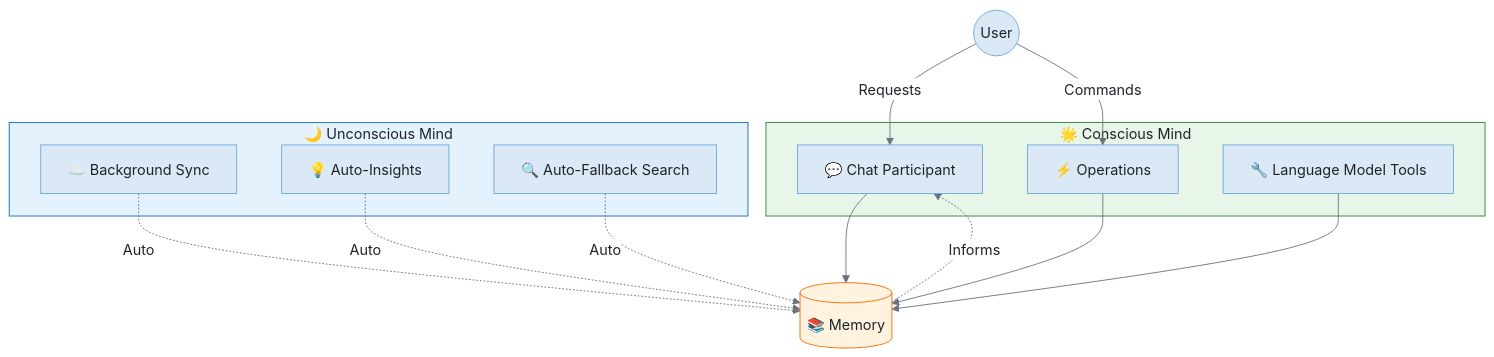
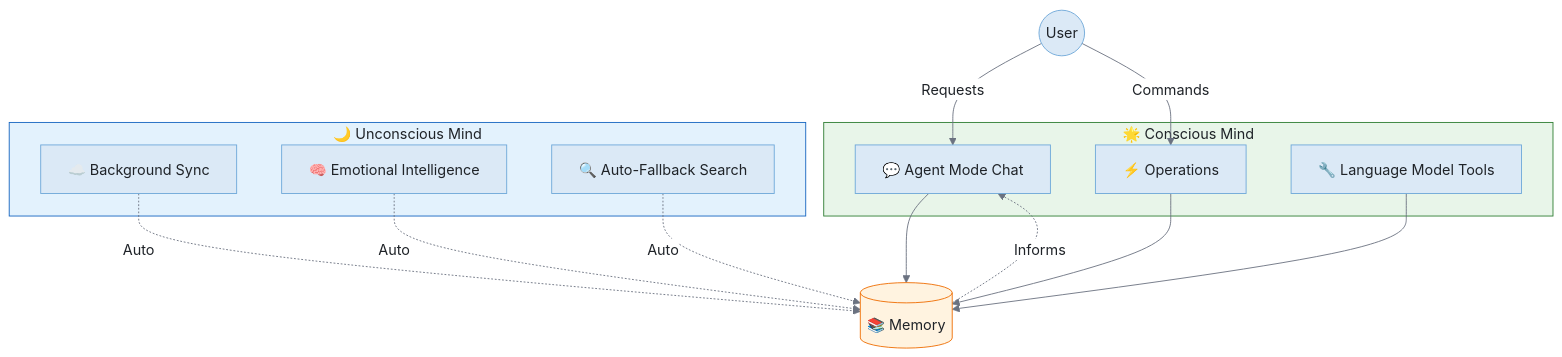
Before and after one commit to fabioc-aloha/Alex_Plug_In: the first of 7 diagrams in alex_docs/architecture/COGNITIVE-ARCHITECTURE.md, drawn with Mermaid. The commit also changed other lines of this file and 72 other files, not shown here.

First line of the commit message:
Agent-only architecture: remove participant mode, dead code cleanup, docs audit

````diff
--- a/alex_docs/architecture/COGNITIVE-ARCHITECTURE.md
+++ b/alex_docs/architecture/COGNITIVE-ARCHITECTURE.md
@@ -19,36 +19,36 @@
 ```mermaid
 %%{init: {'theme': 'base', 'themeVariables': {'background': '#f8f9fa', 'primaryColor': '#dbe9f6', 'primaryTextColor': '#1f2328', 'primaryBorderColor': '#6ea8d9', 'lineColor': '#6b7280', 'secondaryColor': '#d1f5ef', 'secondaryBorderColor': '#5ab5a0', 'tertiaryColor': '#ede7f6', 'tertiaryBorderColor': '#b39ddb', 'edgeLabelBackground': '#ffffff', 'fontFamily': 'Segoe UI, system-ui, sans-serif'}}}%%
 flowchart TB
     U((User))
 
     subgraph CONSCIOUS["🌟 Conscious Mind"]
-        CP["💬 Chat Participant"]
+        CP["💬 Agent Mode Chat"]
         SC["⚡ Operations"]
         LMT["🔧 Language Model Tools"]
     end
 
     subgraph UNCONSCIOUS["🌙 Unconscious Mind"]
         BGS["☁️ Background Sync"]
-        AID["💡 Auto-Insights"]
+        EI["🧠 Emotional Intelligence"]
         AFS["🔍 Auto-Fallback Search"]
     end
 
     MEM[("📚 Memory")]
 
     U -->|Requests| CP
     U -->|Commands| SC
 
     CP --> MEM
     SC --> MEM
     LMT --> MEM
 
     BGS -.->|Auto| MEM
-    AID -.->|Auto| MEM
+    EI -.->|Auto| MEM
     AFS -.->|Auto| MEM
 
     MEM -.->|Informs| CP
 
     style CONSCIOUS fill:#e8f5e9,stroke:#2e7d32,color:#1f2328
     style UNCONSCIOUS fill:#e3f2fd,stroke:#1565c0,color:#1f2328
     style MEM fill:#fff3e0,stroke:#ef6c00,color:#1f2328
 ```
````
